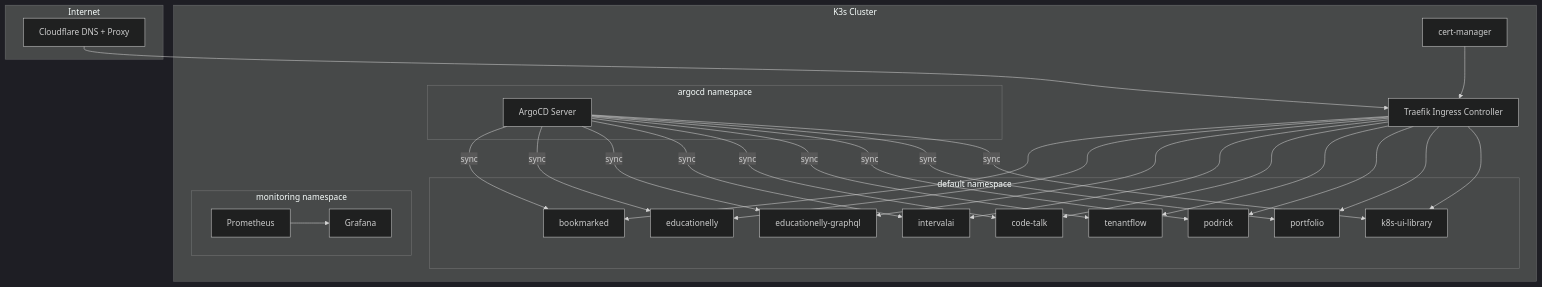
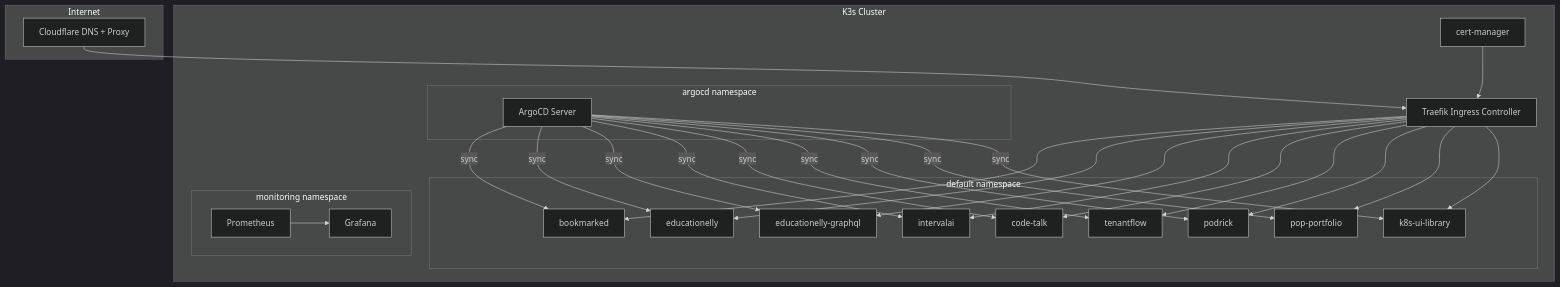
Before and after one commit to maxjeffwell/portfolio-gatsby: the diagram in docs-site/docs/intro.md, drawn with Mermaid (dark theme). The commit also changed other lines of this file and 2 other files, not shown here.

Commit message:
Replace Gatsby portfolio references with Pop!_Portfolio

````diff
--- a/docs-site/docs/intro.md
+++ b/docs-site/docs/intro.md
@@ -40,38 +40,38 @@
 ```mermaid
 graph TB
     subgraph Internet
         CF[Cloudflare DNS + Proxy]
     end
 
     subgraph K3s Cluster
         TK[Traefik Ingress Controller]
         CM[cert-manager]
 
         subgraph ns-default["default namespace"]
             BK[bookmarked]
             ED[educationelly]
             EG[educationelly-graphql]
             IA[intervalai]
             CT[code-talk]
             TF[tenantflow]
             PR[podrick]
-            PF[portfolio]
+            PF[pop-portfolio]
             UI[k8s-ui-library]
         end
 
         subgraph argocd namespace
             AC[ArgoCD Server]
         end
 
         subgraph monitoring namespace
             PM[Prometheus]
             GF[Grafana]
         end
     end
 
     CF --> TK
     TK --> BK & ED & EG & IA & CT & TF & PR & PF & UI
     CM --> TK
     PM --> GF
     AC -->|sync| BK & ED & EG & IA & CT & TF & PR & PF & UI
 ```
````
